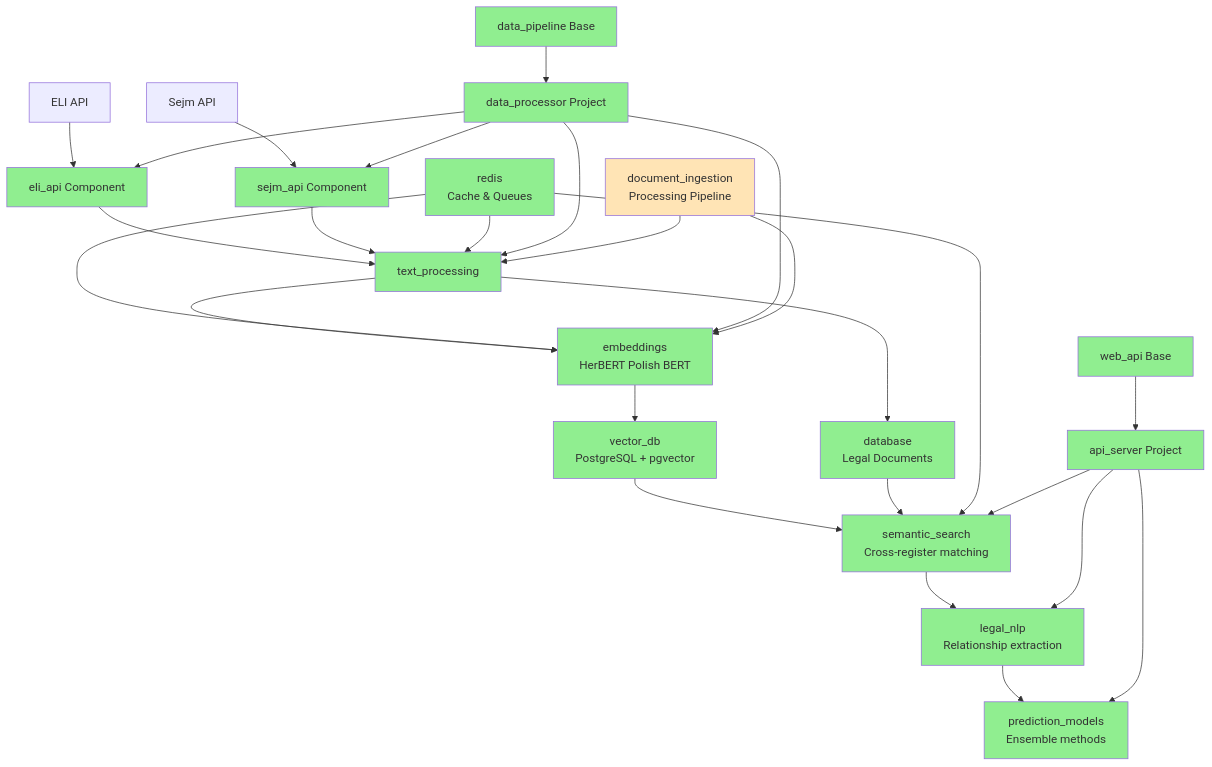
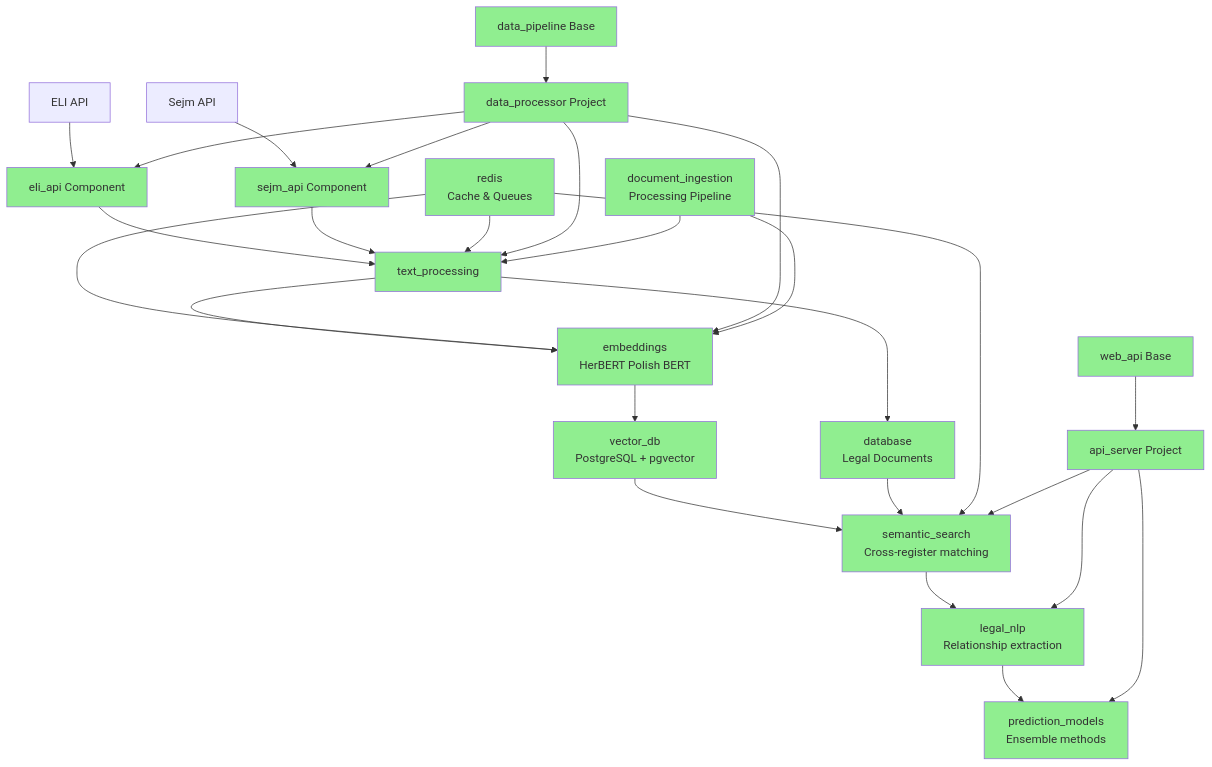
Before and after one commit to stakent/sejm-whiz: the first of 2 diagrams in README.md, drawn with Mermaid. The commit also changed other lines of this file and 1 other file, not shown here.

````diff
--- a/README.md
+++ b/README.md
@@ -45,53 +45,53 @@
 ```mermaid
 graph TD
     A[ELI API] --> B[eli_api Component]
     C[Sejm API] --> D[sejm_api Component]
 
     B --> E[text_processing]
     D --> E
 
     E --> F[embeddings<br/>HerBERT Polish BERT]
 
     F --> G[vector_db<br/>PostgreSQL + pgvector]
     E --> H[database<br/>Legal Documents]
 
     G --> I[semantic_search<br/>Cross-register matching]
     H --> I
 
     I --> J[legal_nlp<br/>Relationship extraction]
     J --> K[prediction_models<br/>Ensemble methods]
 
     L[redis<br/>Cache & Queues] --> E
     L --> F
     L --> I
 
     M[data_pipeline Base] --> N[data_processor Project]
     N --> B
     N --> D
     N --> E
     N --> F
 
     O[web_api Base] --> P[api_server Project]
     P --> I
     P --> J
     P --> K
 
     Q[document_ingestion<br/>Processing Pipeline] --> E
     Q --> F
 
     style B fill:#90EE90
     style D fill:#90EE90
     style E fill:#90EE90
     style F fill:#90EE90
     style G fill:#90EE90
     style H fill:#90EE90
     style I fill:#90EE90
     style J fill:#90EE90
     style K fill:#90EE90
     style L fill:#90EE90
     style M fill:#90EE90
     style N fill:#90EE90
     style O fill:#90EE90
     style P fill:#90EE90
-    style Q fill:#FFE4B5
+    style Q fill:#90EE90
 ```
````
